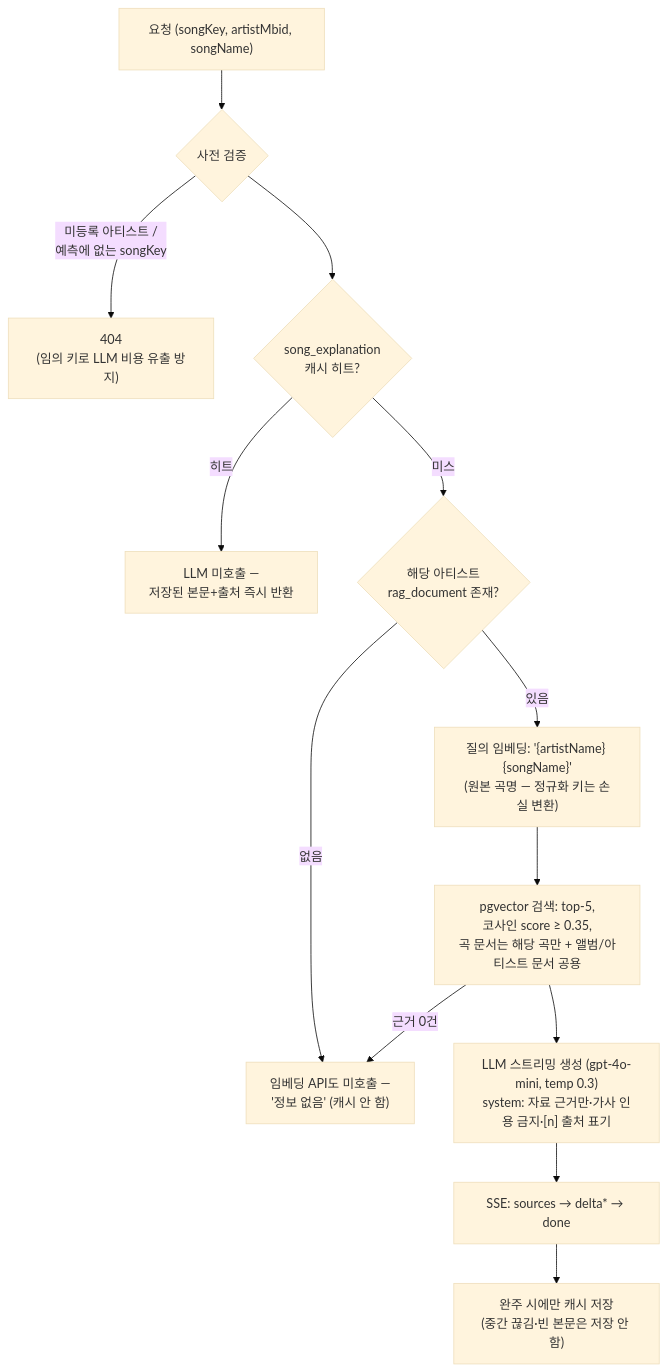
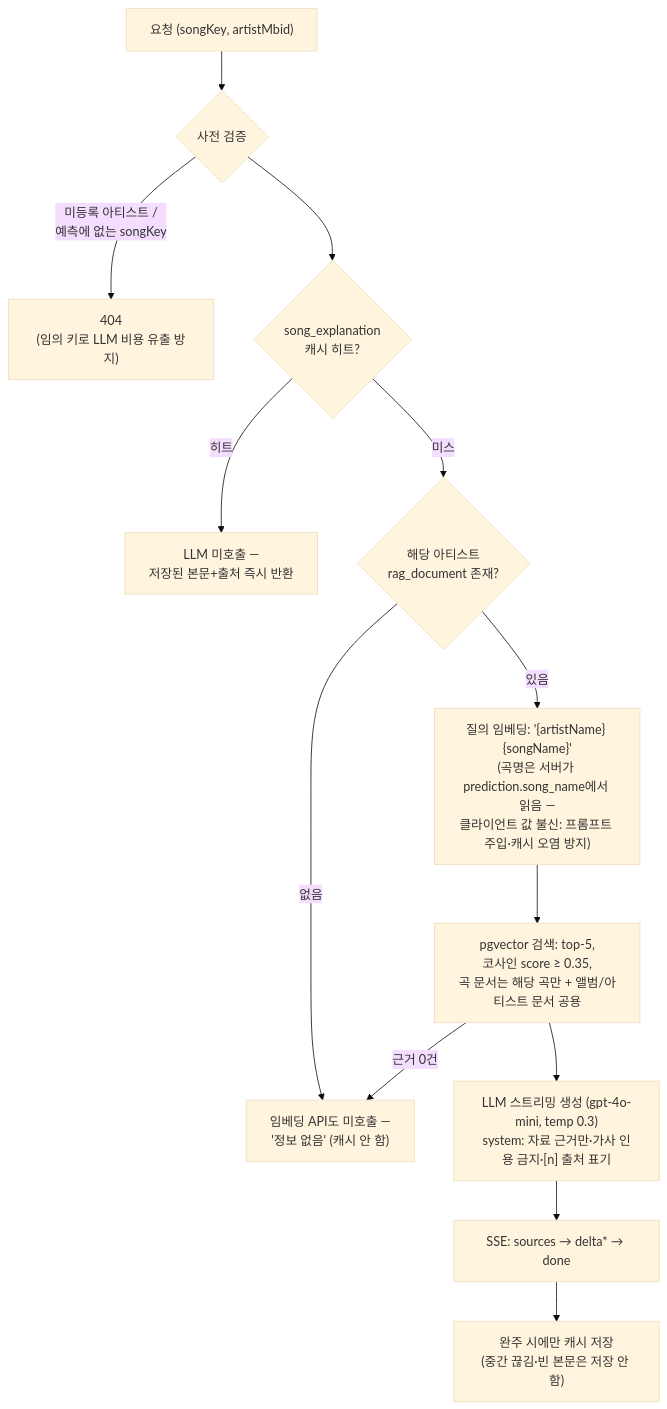
One commit to zombiecapitalism/soundcheck changed the fifth of 5 diagrams in docs/design/process-spec.md. Above: the diagram before and after it, drawn with Mermaid (base theme). The commit also changed other lines of this file and 11 other files, not shown here.

````diff
--- a/docs/design/process-spec.md
+++ b/docs/design/process-spec.md
@@ -205,15 +211,15 @@
 ```mermaid
 flowchart TD
-    A["요청 (songKey, artistMbid, songName)"] --> B{"사전 검증"}
+    A["요청 (songKey, artistMbid)"] --> B{"사전 검증"}
     B -- "미등록 아티스트 /<br/>예측에 없는 songKey" --> B404["404<br/>(임의 키로 LLM 비용 유출 방지)"]
     B --> C{"song_explanation<br/>캐시 히트?"}
     C -- 히트 --> C1["LLM 미호출 —<br/>저장된 본문+출처 즉시 반환"]
     C -- 미스 --> D{"해당 아티스트<br/>rag_document 존재?"}
     D -- 없음 --> D1["임베딩 API도 미호출 —<br/>'정보 없음' (캐시 안 함)"]
-    D -- 있음 --> E["질의 임베딩: '{artistName} {songName}'<br/>(원본 곡명 — 정규화 키는 손실 변환)"]
+    D -- 있음 --> E["질의 임베딩: '{artistName} {songName}'<br/>(곡명은 서버가 prediction.song_name에서 읽음 —<br/>클라이언트 값 불신: 프롬프트 주입·캐시 오염 방지)"]
     E --> F["pgvector 검색: top-5,<br/>코사인 score ≥ 0.35,<br/>곡 문서는 해당 곡만 + 앨범/아티스트 문서 공용"]
     F -- "근거 0건" --> D1
     F --> G["LLM 스트리밍 생성 (gpt-4o-mini, temp 0.3)<br/>system: 자료 근거만·가사 인용 금지·[n] 출처 표기"]
     G --> H["SSE: sources → delta* → done"]
     H --> I["완주 시에만 캐시 저장<br/>(중간 끊김·빈 본문은 저장 안 함)"]
 ```
````
